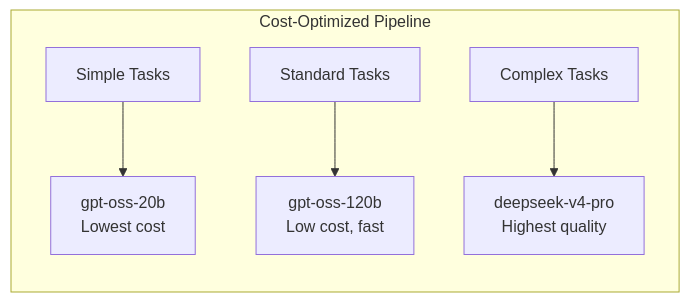
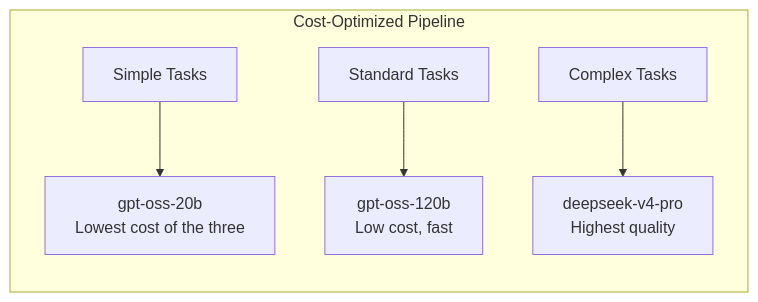
Before and after one commit to ever-works/ever-works: the second of 2 diagrams in docs/plugin-system/fireworks-plugin.md, drawn with Mermaid. The commit also changed other lines of this file and 20 other files, not shown here.

````diff
--- a/docs/plugin-system/fireworks-plugin.md
+++ b/docs/plugin-system/fireworks-plugin.md
@@ -114,8 +114,8 @@
 ```mermaid
 graph LR
     subgraph "Cost-Optimized Pipeline"
-        S["Simple Tasks"] --> SM["gpt-oss-20b<br/>Lowest cost"]
+        S["Simple Tasks"] --> SM["gpt-oss-20b<br/>Lowest cost of the three"]
         M["Standard Tasks"] --> MM["gpt-oss-120b<br/>Low cost, fast"]
         C["Complex Tasks"] --> CM["deepseek-v4-pro<br/>Highest quality"]
     end
 ```
````
